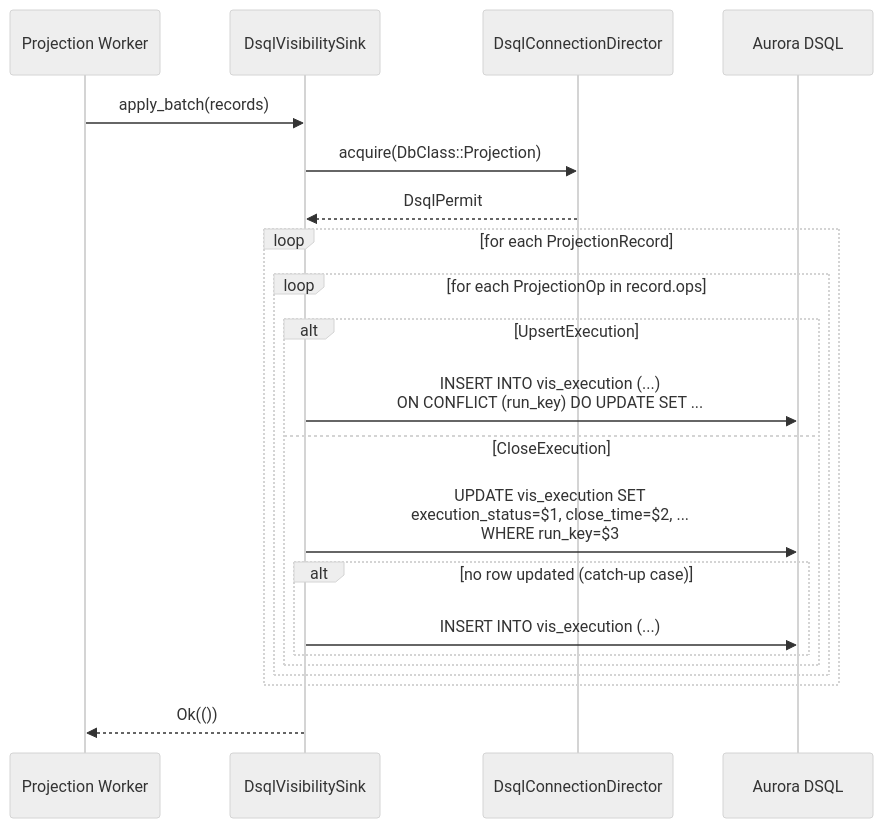
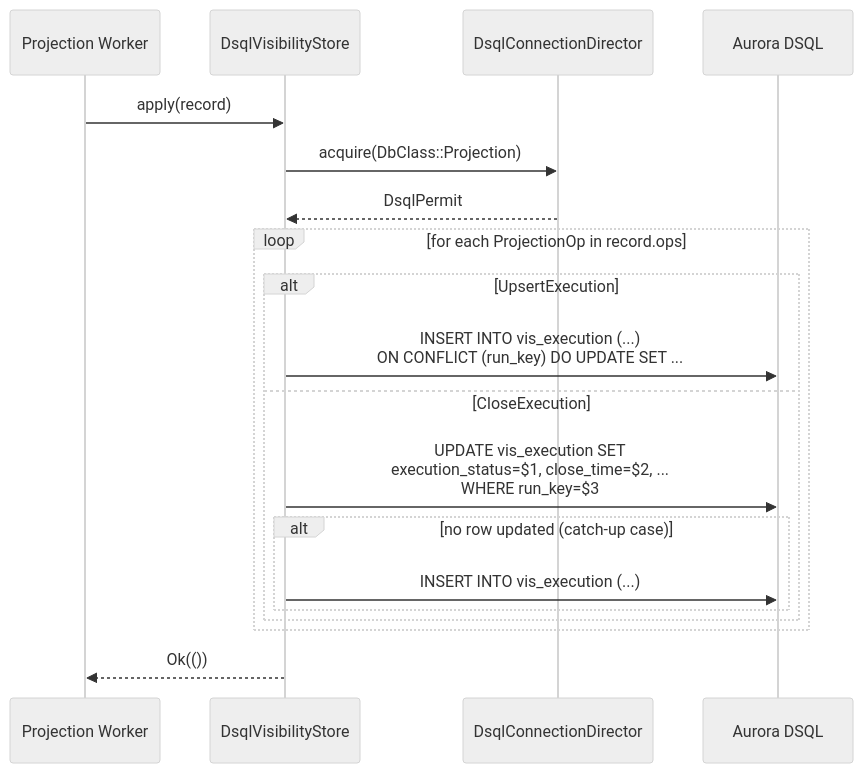
Before and after one commit to tokeira/tokeira: the third of 3 diagrams in .kiro/specs/dsql-projection-persistence/design.md, drawn with Mermaid (neutral theme). The commit also changed other lines of this file and 2 other files, not shown here.

First line of the commit message:
spec: dsql-projection-persistence requirements, design, tasks

````diff
--- a/.kiro/specs/dsql-projection-persistence/design.md
+++ b/.kiro/specs/dsql-projection-persistence/design.md
@@ -113,26 +123,24 @@
 ```mermaid
 sequenceDiagram
     participant PW as Projection Worker
-    participant VS as DsqlVisibilitySink
+    participant VS as DsqlVisibilityStore
     participant DIR as DsqlConnectionDirector
     participant DB as Aurora DSQL
 
-    PW->>VS: apply_batch(records)
+    PW->>VS: apply(record)
     VS->>DIR: acquire(DbClass::Projection)
     DIR-->>VS: DsqlPermit
 
-    loop for each ProjectionRecord
-        loop for each ProjectionOp in record.ops
-            alt UpsertExecution
-                VS->>DB: INSERT INTO vis_execution (...)<br/>ON CONFLICT (run_key) DO UPDATE SET ...
-            else CloseExecution
-                VS->>DB: UPDATE vis_execution SET<br/>execution_status=$1, close_time=$2, ...<br/>WHERE run_key=$3
-                alt no row updated (catch-up case)
-                    VS->>DB: INSERT INTO vis_execution (...)
-                end
+    loop for each ProjectionOp in record.ops
+        alt UpsertExecution
+            VS->>DB: INSERT INTO vis_execution (...)<br/>ON CONFLICT (run_key) DO UPDATE SET ...
+        else CloseExecution
+            VS->>DB: UPDATE vis_execution SET<br/>execution_status=$1, close_time=$2, ...<br/>WHERE run_key=$3
+            alt no row updated (catch-up case)
+                VS->>DB: INSERT INTO vis_execution (...)
             end
         end
     end
 
     VS-->>PW: Ok(())
 ```
````
